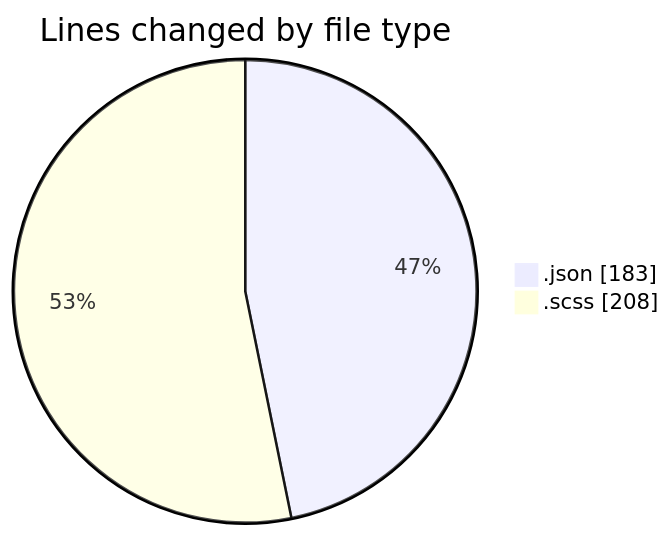
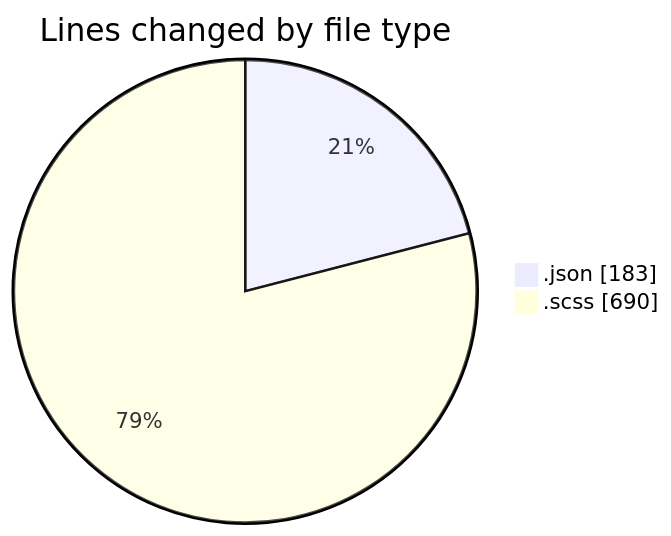
One commit to momahboobian/code-tracking changed the first of 2 diagrams in 2026-01-20/cda/README.md. Above: the diagram before and after it, drawn with Mermaid. The commit also changed other lines of this file and 1 other file, not shown here.

````diff
--- a/2026-01-20/cda/README.md
+++ b/2026-01-20/cda/README.md
@@ -22,6 +23,6 @@
 ```mermaid
 pie showData
 title Lines changed by file type
 ".json" : 183
-".scss" : 208
+".scss" : 690
 ```
````
